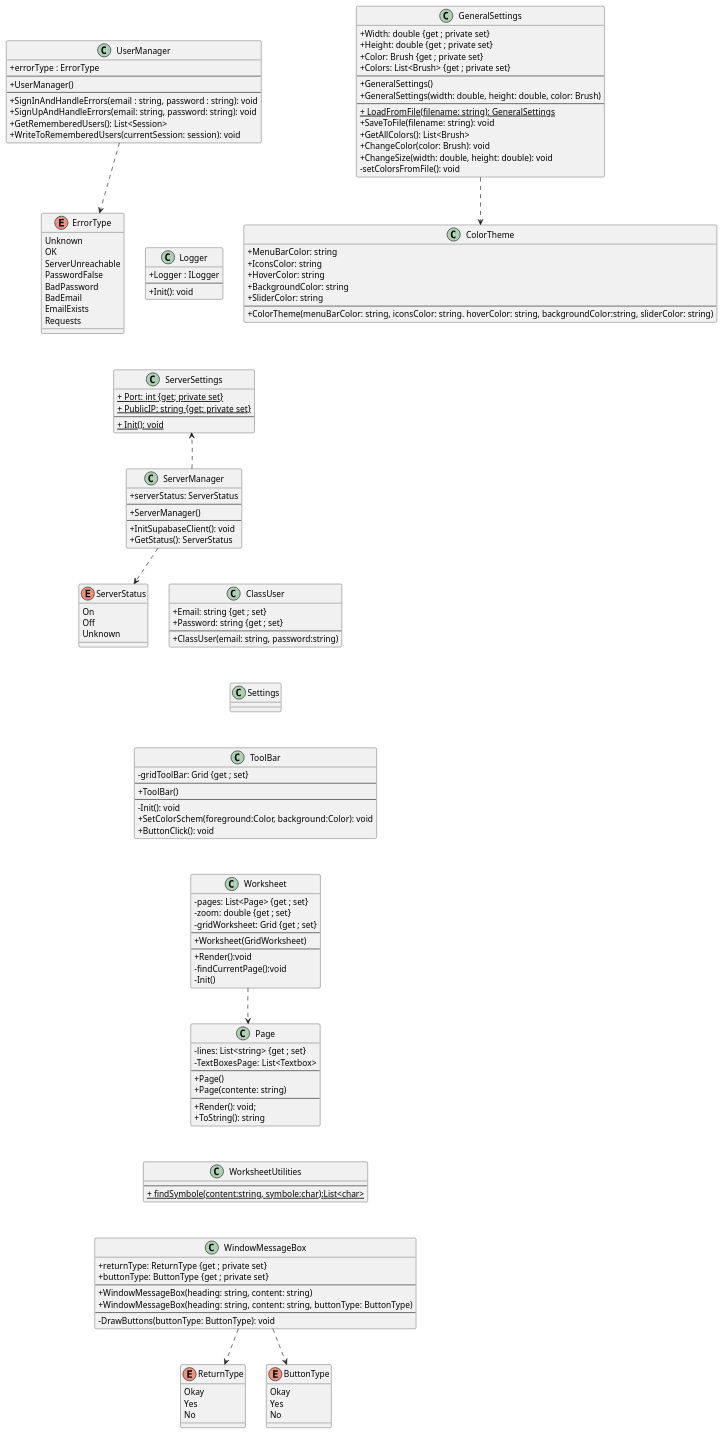
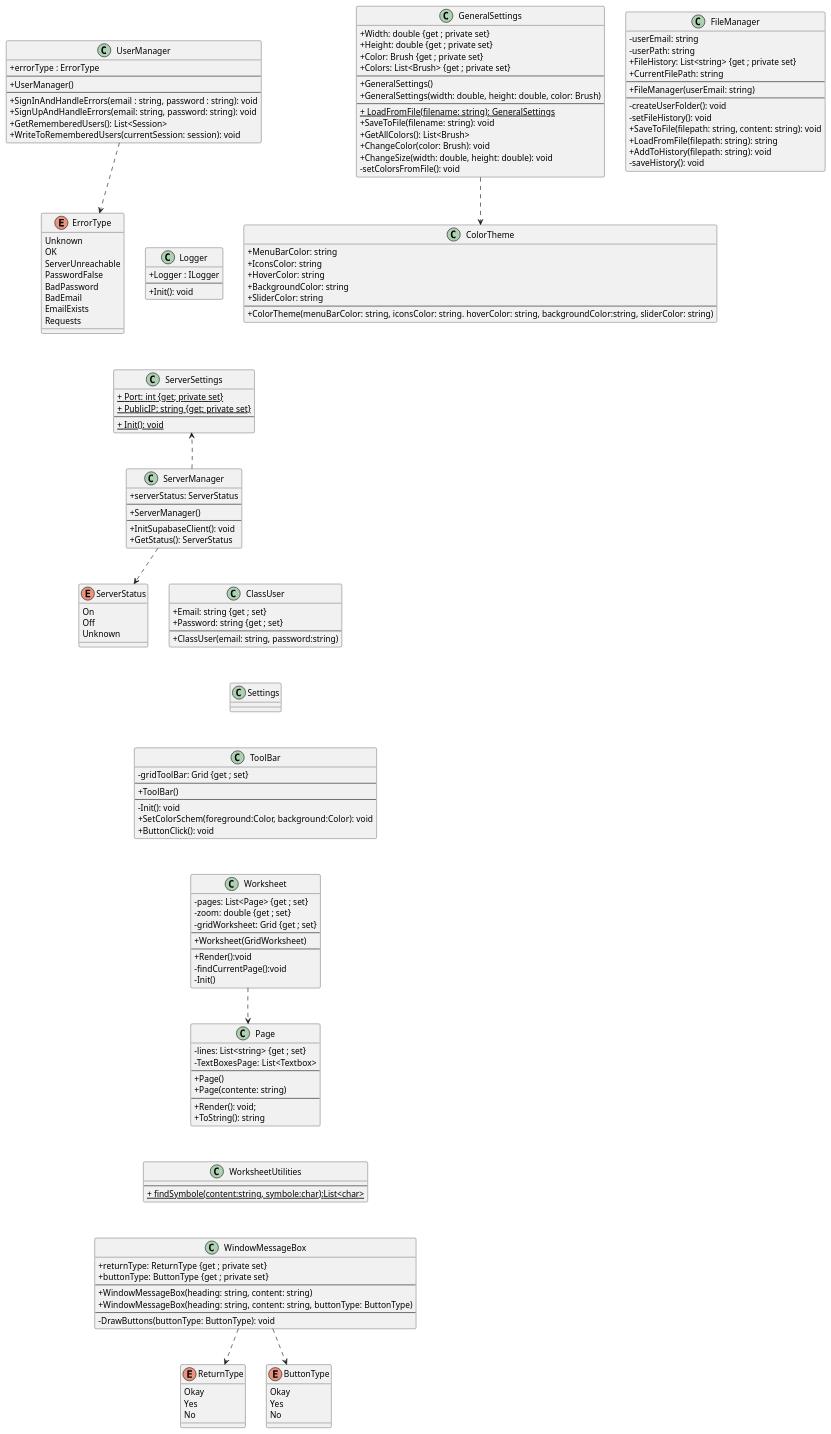
One commit to potexxi/MarkIt changed the diagram in doc/idea.md. Above: the diagram before and after it, drawn with PlantUML. The commit also changed 8 other files, not shown here.

```diff
--- a/doc/idea.md
+++ b/doc/idea.md
@@ -219,6 +219,22 @@
 
 Worksheet ..> Page
 
+class FileManager{
+    - userEmail: string
+    - userPath: string
+    + FileHistory: List<string> {get ; private set}
+    + CurrentFilePath: string
+    --
+    + FileManager(userEmail: string)
+    --
+    - createUserFolder(): void
+    - setFileHistory(): void
+    + SaveToFile(filepath: string, content: string): void
+    + LoadFromFile(filepath: string): string
+    + AddToHistory(filepath: string): void
+    - saveHistory(): void
+}
+
 ' ChatGPT Anfang
 ' prompt: wie kann ich in plantuml diagramme untereinenader machen
 UserManager -[hidden]-> Logger
```
